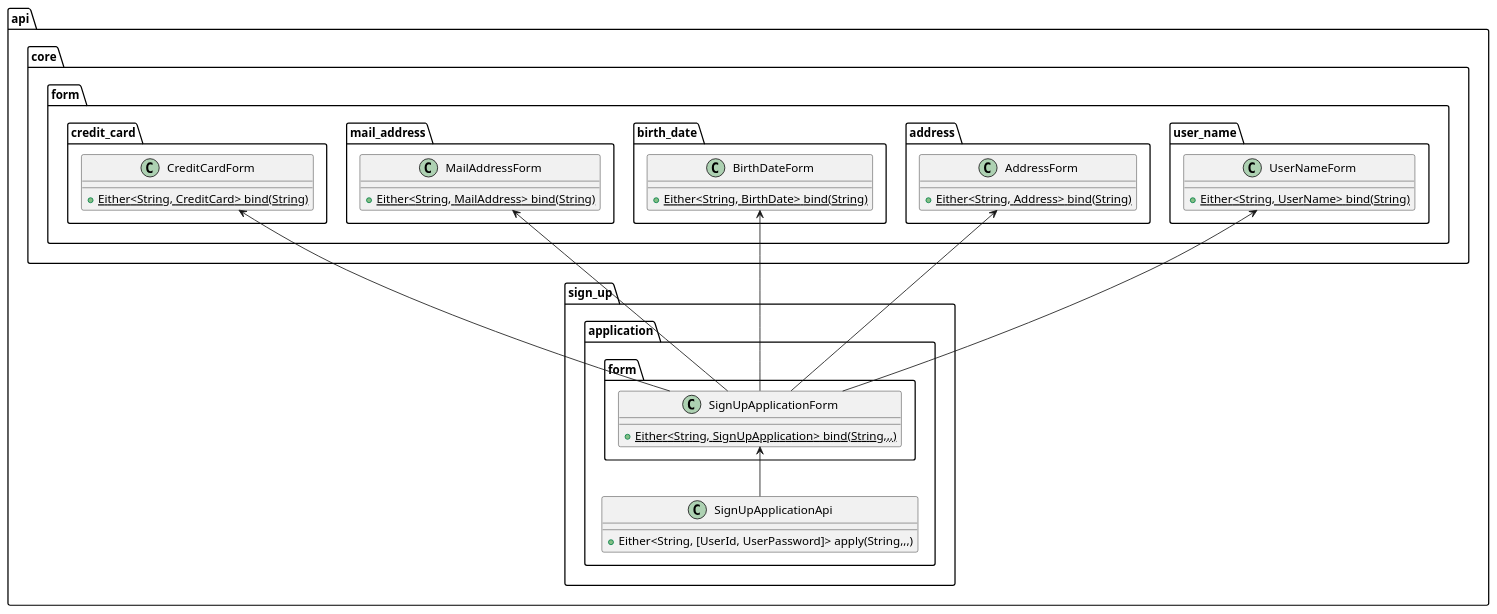
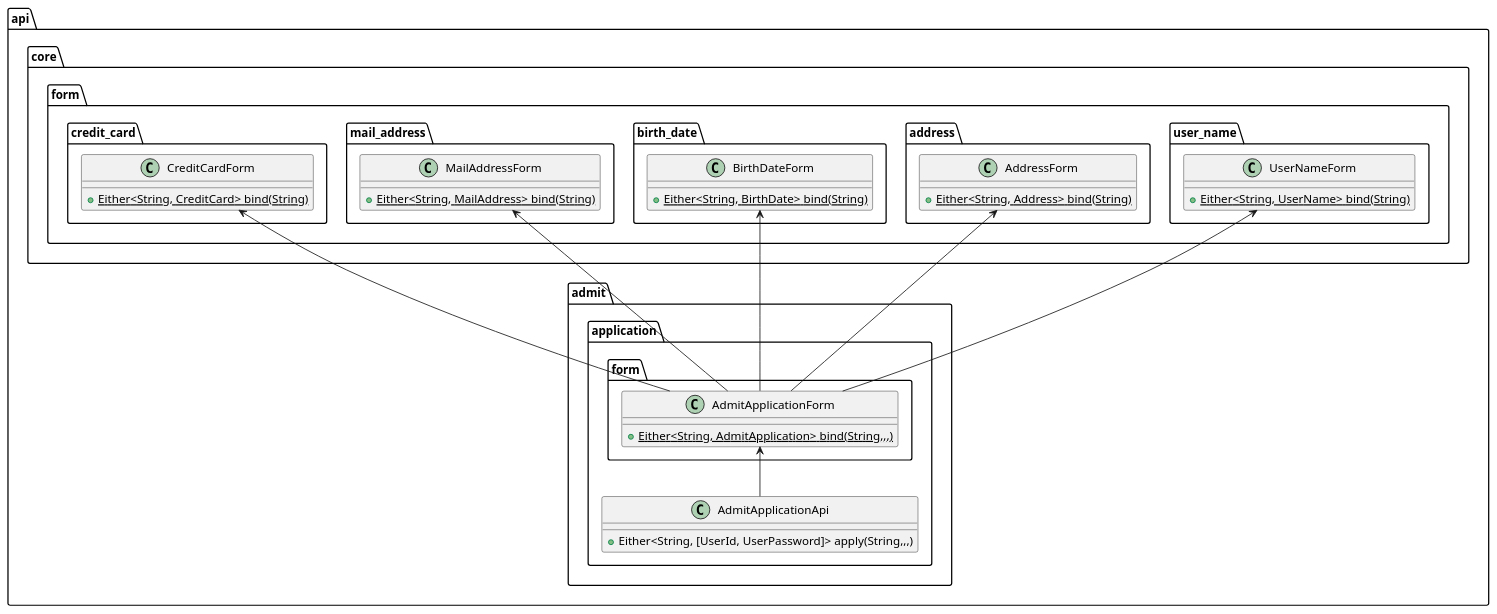
One commit to suzuki-hoge/ddd-trial changed the diagram in 2017-10-scala/model/sign-up/application/layer.puml. Above: the diagram before and after it, drawn with PlantUML. The commit also changed 30 other files, not shown here.

```diff
--- a/2017-10-scala/model/sign-up/application/layer.puml
+++ b/2017-10-scala/model/sign-up/application/layer.puml
@@ -1,58 +1,58 @@
 @startuml
 
 namespace api {
   namespace core {
     namespace form {
       namespace user_name {
         class UserNameForm {
           + {static} Either<String, UserName> bind(String)
         }
       }
       namespace address {
         class AddressForm {
           + {static} Either<String, Address> bind(String)
         }
       }
       namespace birth_date {
         class BirthDateForm {
           + {static} Either<String, BirthDate> bind(String)
         }
       }
       namespace mail_address {
         class MailAddressForm {
           + {static} Either<String, MailAddress> bind(String)
         }
       }
       namespace credit_card {
         class CreditCardForm {
           + {static} Either<String, CreditCard> bind(String)
         }
       }
       api.core.form.user_name.UserNameForm -[hidden]> api.core.form.address.AddressForm
       api.core.form.address.AddressForm -[hidden]> api.core.form.birth_date.BirthDateForm
       api.core.form.birth_date.BirthDateForm -[hidden]> api.core.form.mail_address.MailAddressForm
       api.core.form.mail_address.MailAddressForm -[hidden]> api.core.form.credit_card.CreditCardForm
     }
   }
-  namespace sign_up {
+  namespace admit {
     namespace application {
       namespace form {
-        class SignUpApplicationForm {
-          + {static} Either<String, SignUpApplication> bind(String,,,)
+        class AdmitApplicationForm {
+          + {static} Either<String, AdmitApplication> bind(String,,,)
         }
       }
-      class SignUpApplicationApi {
+      class AdmitApplicationApi {
         + Either<String, [UserId, UserPassword]> apply(String,,,)
       }
     }
   }
-  api.sign_up.application.form.SignUpApplicationForm -up-> api.core.form.user_name.UserNameForm
-  api.sign_up.application.form.SignUpApplicationForm -up-> api.core.form.address.AddressForm
-  api.sign_up.application.form.SignUpApplicationForm -up-> api.core.form.birth_date.BirthDateForm
-  api.sign_up.application.form.SignUpApplicationForm -up-> api.core.form.mail_address.MailAddressForm
-  api.sign_up.application.form.SignUpApplicationForm -up-> api.core.form.credit_card.CreditCardForm
+  api.admit.application.form.AdmitApplicationForm -up-> api.core.form.user_name.UserNameForm
+  api.admit.application.form.AdmitApplicationForm -up-> api.core.form.address.AddressForm
+  api.admit.application.form.AdmitApplicationForm -up-> api.core.form.birth_date.BirthDateForm
+  api.admit.application.form.AdmitApplicationForm -up-> api.core.form.mail_address.MailAddressForm
+  api.admit.application.form.AdmitApplicationForm -up-> api.core.form.credit_card.CreditCardForm
 
-  api.sign_up.application.SignUpApplicationApi -up-> api.sign_up.application.form.SignUpApplicationForm
+  api.admit.application.AdmitApplicationApi -up-> api.admit.application.form.AdmitApplicationForm
 }
 
 @enduml
```
